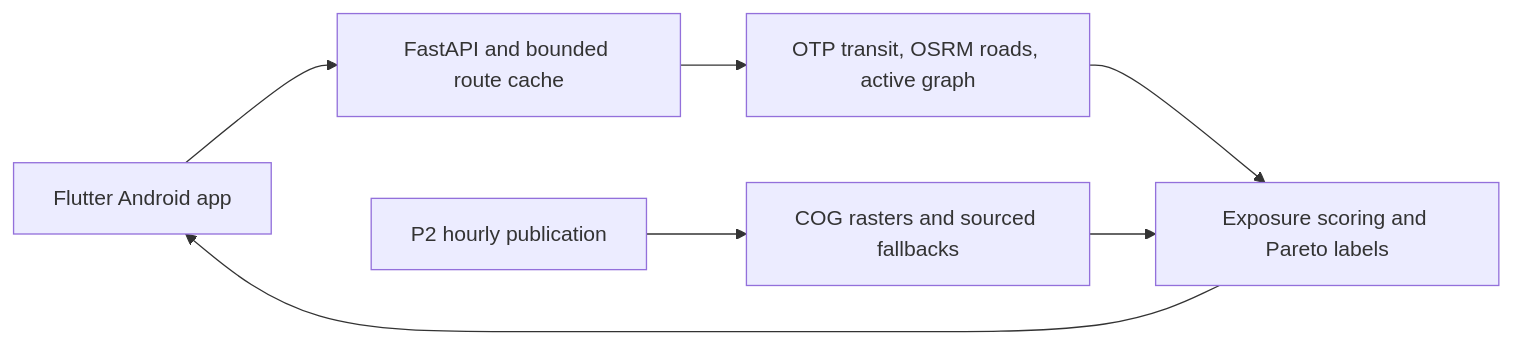
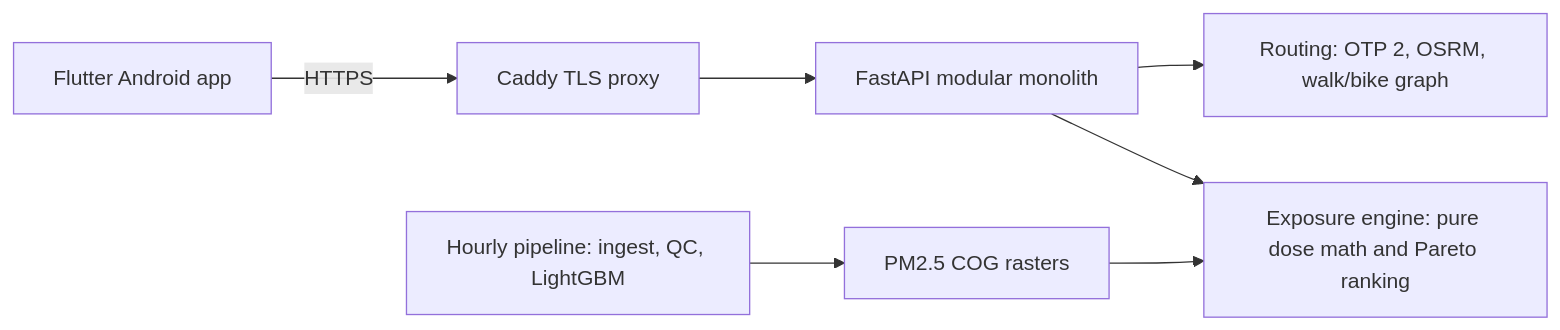
One commit to Faizalfadaa/Hirup changed the diagram in README.md. Above: the diagram before and after it, drawn with Mermaid. The commit also changed other lines of this file, not shown here.

Commit message:
docs(docs): rewrite readme for setup, api and deployment

````diff
--- a/README.md
+++ b/README.md
@@ -39,9 +59,9 @@
 ```mermaid
 flowchart LR
-  App[Flutter Android app] --> API[FastAPI and bounded route cache]
-  API --> Routing[OTP transit, OSRM roads, active graph]
-  Routing --> Dose[Exposure scoring and Pareto labels]
-  P2[P2 hourly publication] --> AQ[COG rasters and sourced fallbacks]
-  AQ --> Dose
-  Dose --> App
+  App[Flutter Android app] -->|HTTPS| Caddy[Caddy TLS proxy]
+  Caddy --> API[FastAPI modular monolith]
+  API --> Routing[Routing: OTP 2, OSRM, walk/bike graph]
+  API --> Exposure[Exposure engine: pure dose math and Pareto ranking]
+  P2[Hourly pipeline: ingest, QC, LightGBM] --> COG[PM2.5 COG rasters]
+  COG --> Exposure
 ```
````
